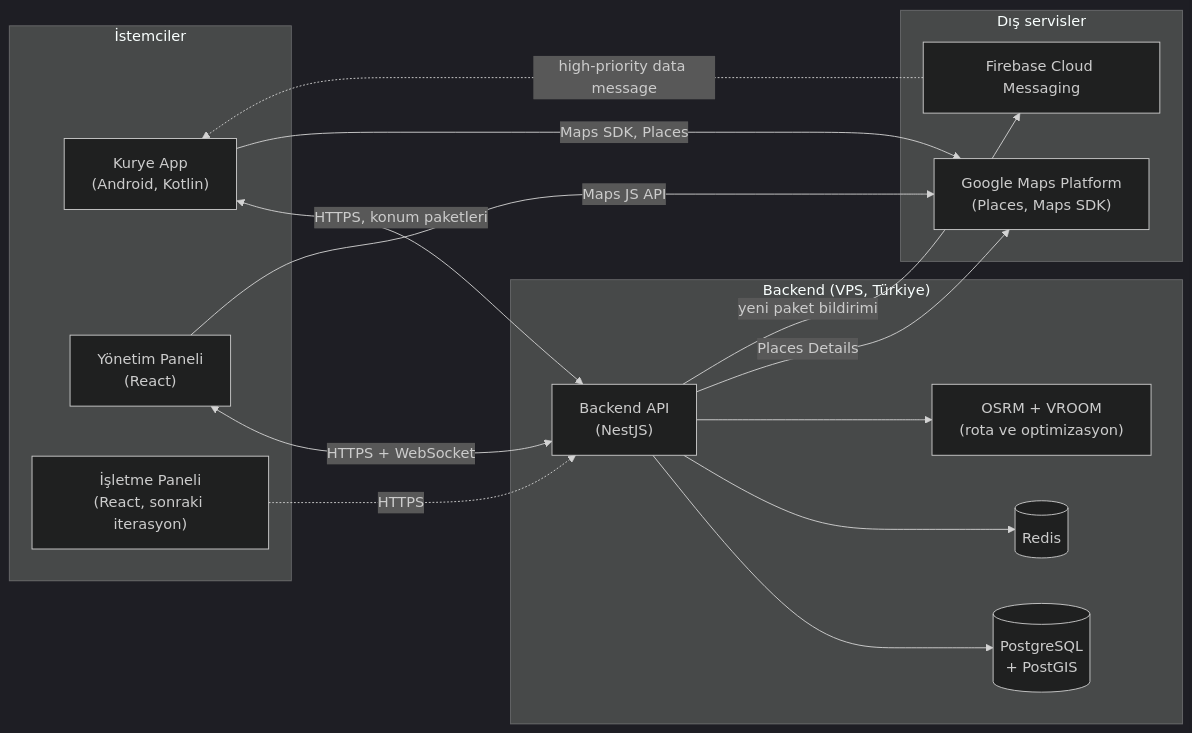
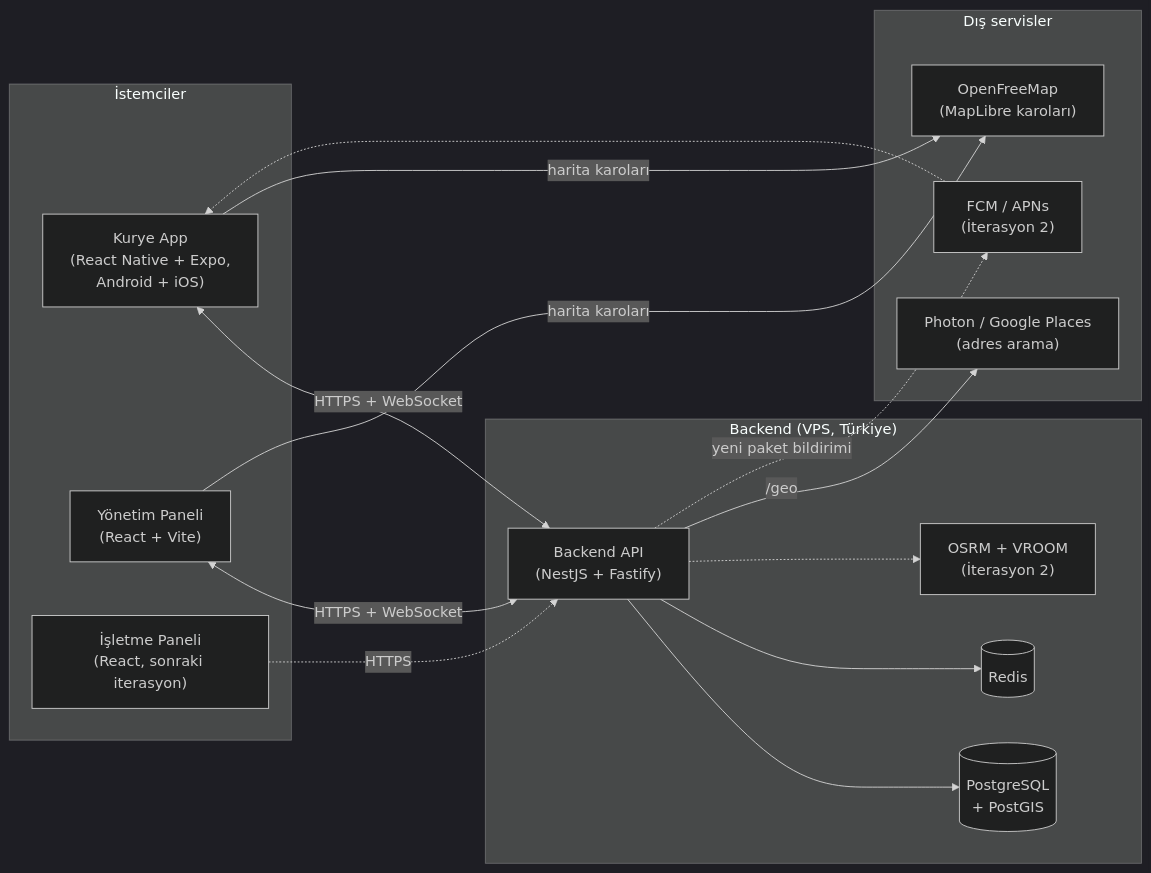
One commit to Kadir0642/kurye-yonetim-sistemi-showcase changed the diagram in README.md. Above: the diagram before and after it, drawn with Mermaid (dark theme). The commit also changed other lines of this file and 23 other files, not shown here.

````diff
--- a/README.md
+++ b/README.md
@@ -92,32 +116,33 @@
 ```mermaid
 flowchart LR
     subgraph Istemciler["İstemciler"]
-        KA["Kurye App<br/>(Android, Kotlin)"]
-        YP["Yönetim Paneli<br/>(React)"]
+        KA["Kurye App<br/>(React Native + Expo,<br/>Android + iOS)"]
+        YP["Yönetim Paneli<br/>(React + Vite)"]
         IP["İşletme Paneli<br/>(React, sonraki iterasyon)"]
     end
 
     subgraph Sunucu["Backend (VPS, Türkiye)"]
-        API["Backend API<br/>(NestJS)"]
+        API["Backend API<br/>(NestJS + Fastify)"]
         PG[("PostgreSQL<br/>+ PostGIS")]
         RD[("Redis")]
-        RT["OSRM + VROOM<br/>(rota ve optimizasyon)"]
+        RT["OSRM + VROOM<br/>(İterasyon 2)"]
     end
 
     subgraph Dis["Dış servisler"]
-        GM["Google Maps Platform<br/>(Places, Maps SDK)"]
-        FCM["Firebase Cloud Messaging"]
+        OFM["OpenFreeMap<br/>(MapLibre karoları)"]
+        GEO["Photon / Google Places<br/>(adres arama)"]
+        PUSH["FCM / APNs<br/>(İterasyon 2)"]
     end
 
-    KA <-->|"HTTPS, konum paketleri"| API
+    KA <-->|"HTTPS + WebSocket"| API
     YP <-->|"HTTPS + WebSocket"| API
     IP -.->|"HTTPS"| API
     API --> PG
     API --> RD
-    API --> RT
-    API -->|"Places Details"| GM
-    KA -->|"Maps SDK, Places"| GM
-    YP -->|"Maps JS API"| GM
-    API -->|"yeni paket bildirimi"| FCM
-    FCM -.->|"high-priority data message"| KA
+    API -.-> RT
+    API -->|"/geo"| GEO
+    KA -->|"harita karoları"| OFM
+    YP -->|"harita karoları"| OFM
+    API -.->|"yeni paket bildirimi"| PUSH
+    PUSH -.-> KA
 ```
````
